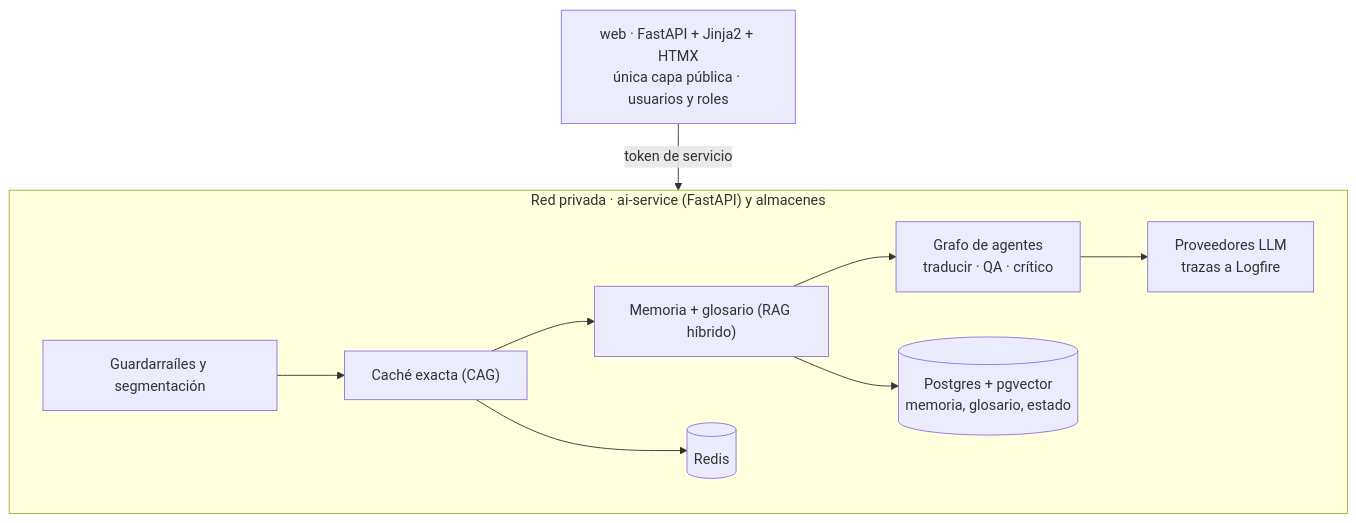
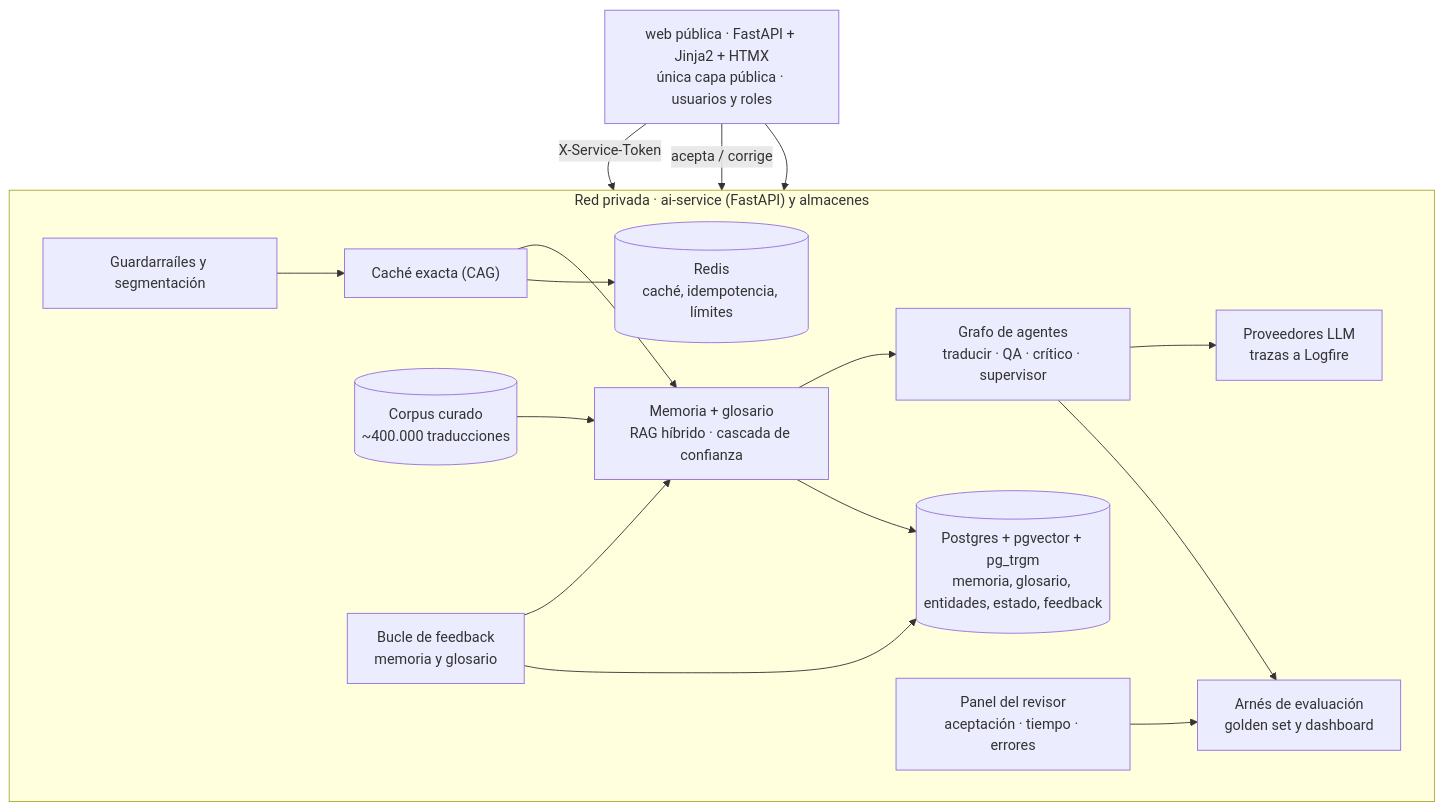
One commit to borjaberrocal87/lidr-ai-engineering-202609 changed the diagram in tfm/Propuesta_Traductor_Inteligente_LIDR.md. Above: the diagram before and after it, drawn with Mermaid. The commit also changed other lines of this file, not shown here.

Commit message:
docs(tfm): actualiza propuesta con traducción asistida, DOCX y feedback

````diff
--- a/tfm/Propuesta_Traductor_Inteligente_LIDR.md
+++ b/tfm/Propuesta_Traductor_Inteligente_LIDR.md
@@ -87,12 +110,19 @@
 ```mermaid
 flowchart TB
-    web["web · FastAPI + Jinja2 + HTMX<br/>única capa pública · usuarios y roles"]
+    web["web pública · FastAPI + Jinja2 + HTMX<br/>única capa pública · usuarios y roles"]
     subgraph priv["Red privada · ai-service (FastAPI) y almacenes"]
         direction LR
-        g["Guardarraíles y segmentación"] --> c["Caché exacta (CAG)"] --> r["Memoria + glosario (RAG híbrido)"] --> a["Grafo de agentes<br/>traducir · QA · crítico"]
-        c --> redis[("Redis")]
-        r --> pg[("Postgres + pgvector<br/>memoria, glosario, estado")]
+        g["Guardarraíles y segmentación"] --> c["Caché exacta (CAG)"] --> r["Memoria + glosario<br/>RAG híbrido · cascada de confianza"] --> a["Grafo de agentes<br/>traducir · QA · crítico · supervisor"]
+        c --> redis[("Redis<br/>caché, idempotencia, límites")]
+        r --> pg[("Postgres + pgvector + pg_trgm<br/>memoria, glosario, entidades, estado, feedback")]
         a --> llm["Proveedores LLM<br/>trazas a Logfire"]
+        corpus[("Corpus curado<br/>~400.000 traducciones")] --> r
+        a --> eval["Arnés de evaluación<br/>golden set y dashboard"]
+        fb["Bucle de feedback<br/>memoria y glosario"] --> r
+        fb --> pg
+        panel["Panel del revisor<br/>aceptación · tiempo · errores"] --> eval
     end
-    web -->|token de servicio| g
+    web -->|X-Service-Token| g
+    web -->|acepta / corrige| fb
+    web --> panel
 ```
````
